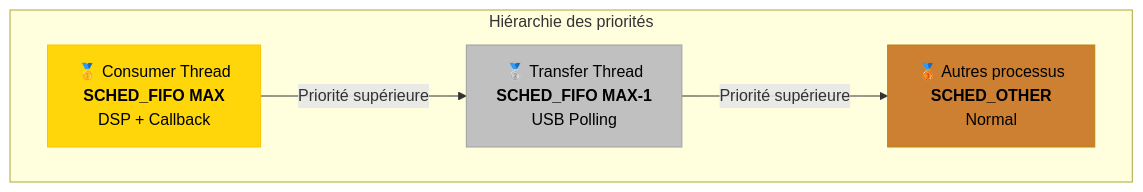
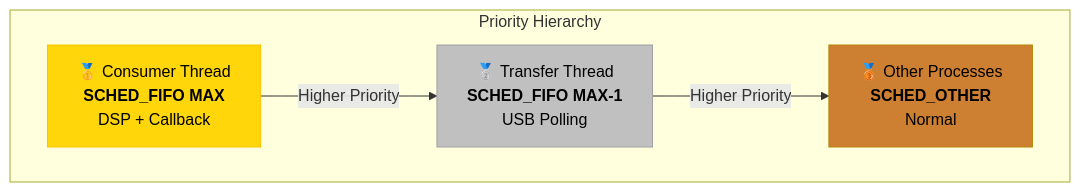
Before and after one commit to f4tnk/airspyone_host: the ninth of 11 diagrams in OPTIMIZATIONS-F4TNK.md, drawn with Mermaid. The commit also changed other lines of this file, not shown here.

````diff
--- a/OPTIMIZATIONS-F4TNK.md
+++ b/OPTIMIZATIONS-F4TNK.md
@@ -443,15 +443,15 @@
 ```mermaid
 flowchart TD
-    subgraph Hiérarchie["Hiérarchie des priorités"]
+    subgraph Hierarchy["Priority Hierarchy"]
         P1["🥇 Consumer Thread<br/><b>SCHED_FIFO MAX</b><br/>DSP + Callback"]
         P2["🥈 Transfer Thread<br/><b>SCHED_FIFO MAX-1</b><br/>USB Polling"]
-        P3["🥉 Autres processus<br/><b>SCHED_OTHER</b><br/>Normal"]
+        P3["🥉 Other Processes<br/><b>SCHED_OTHER</b><br/>Normal"]
     end
 
-    P1 -->|"Priorité supérieure"| P2
-    P2 -->|"Priorité supérieure"| P3
+    P1 -->|"Higher Priority"| P2
+    P2 -->|"Higher Priority"| P3
 
     style P1 fill:#ffd60a,stroke:#ffc300,color:#000
     style P2 fill:#c0c0c0,stroke:#a0a0a0,color:#000
     style P3 fill:#cd7f32,stroke:#b8860b,color:#000
 ```
````
